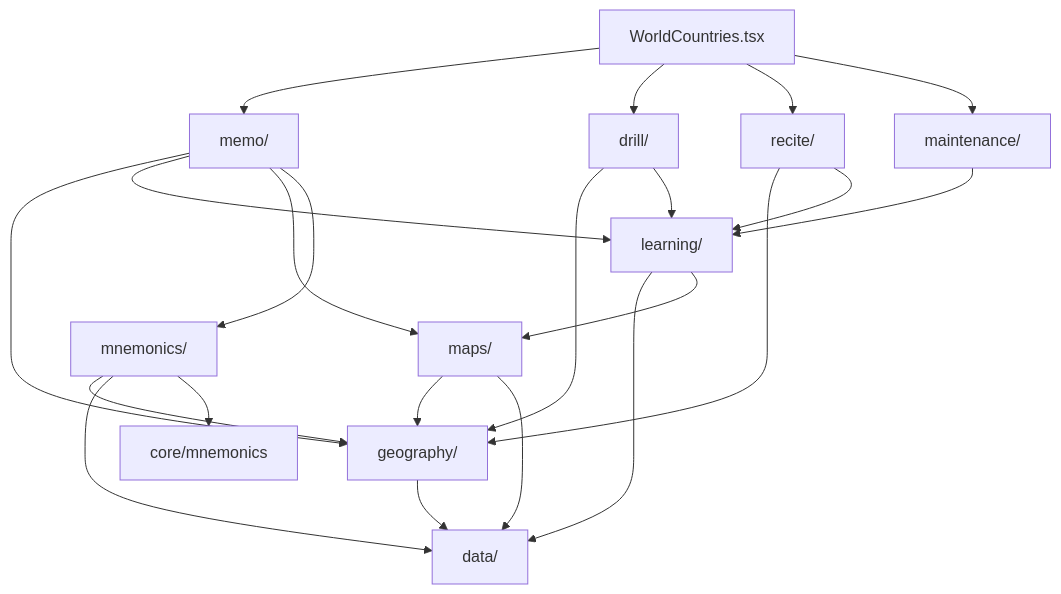
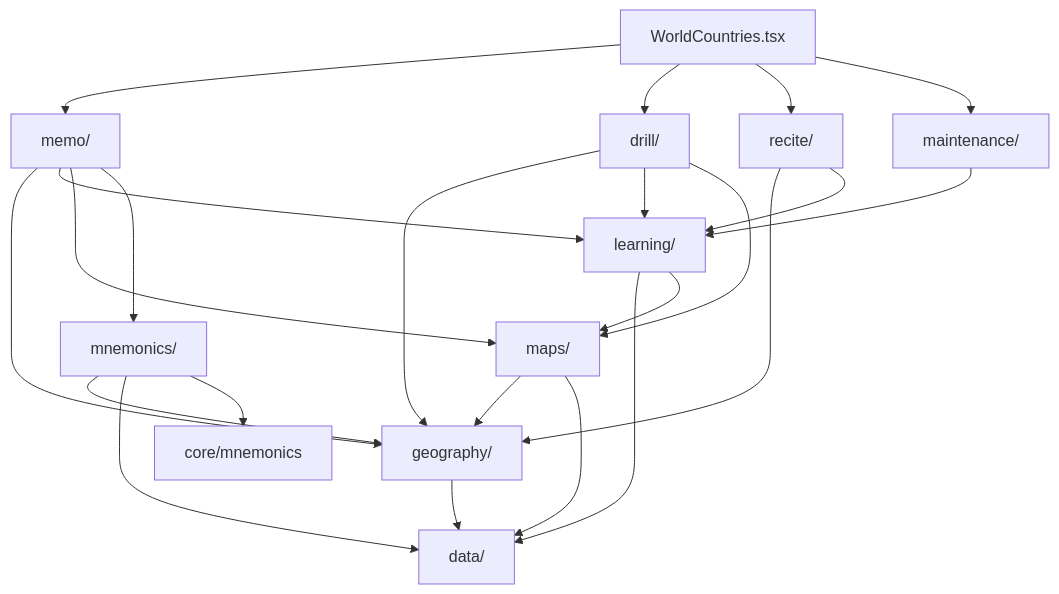
One commit to JolleNo10/major-system-app changed the diagram in docs/architecture/features/WORLD_COUNTRIES.md. Above: the diagram before and after it, drawn with Mermaid. The commit also changed 11 other files, not shown here.

````diff
--- a/docs/architecture/features/WORLD_COUNTRIES.md
+++ b/docs/architecture/features/WORLD_COUNTRIES.md
@@ -110,24 +110,25 @@
 ```mermaid
 flowchart TD
     Geography["geography/"] --> Data["data/"]
     Learning["learning/"] --> Data
     Learning --> Maps
     Maps["maps/"] --> Geography
     Maps --> Data
     Mnemonics["mnemonics/"] --> Geography
     Mnemonics --> Data
     Mnemonics --> CoreMnemonic["core/mnemonics"]
     Memo["memo/"] --> Geography
     Memo --> Learning
     Memo --> Maps
     Memo --> Mnemonics
     Drill["drill/"] --> Geography
     Drill --> Learning
+    Drill --> Maps
     Recite["recite/"] --> Geography
     Recite --> Learning
     Maintenance["maintenance/"] --> Learning
     Shell["WorldCountries.tsx"] --> Memo
     Shell --> Drill
     Shell --> Recite
     Shell --> Maintenance
 ```
````
